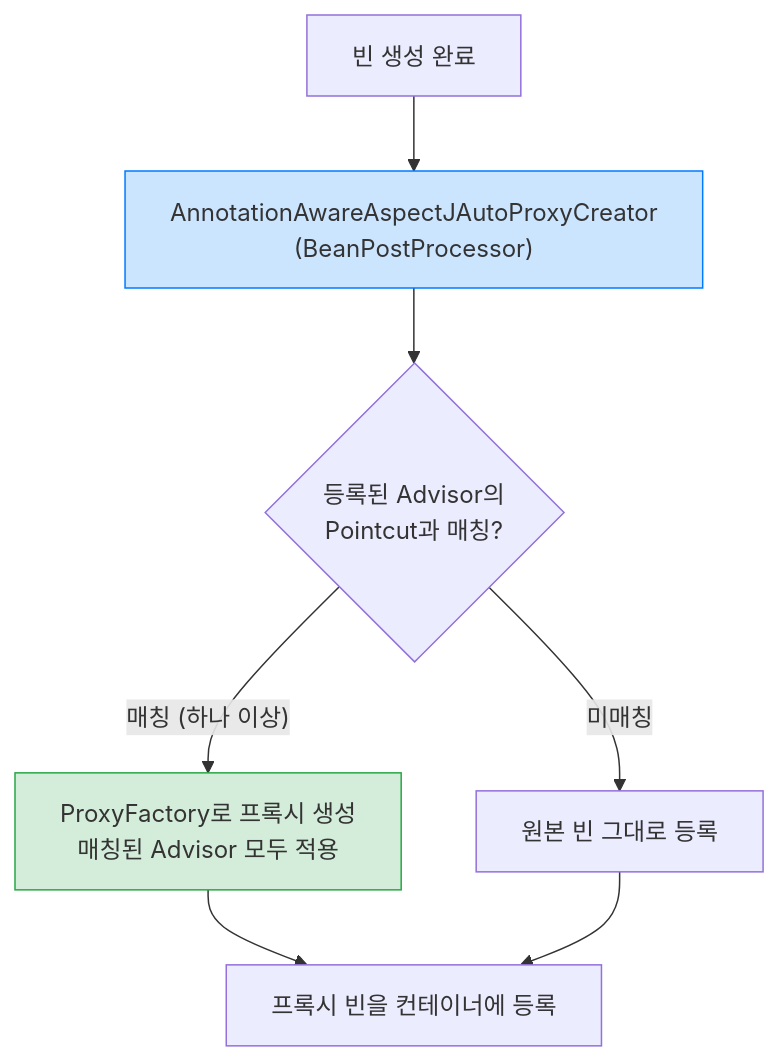
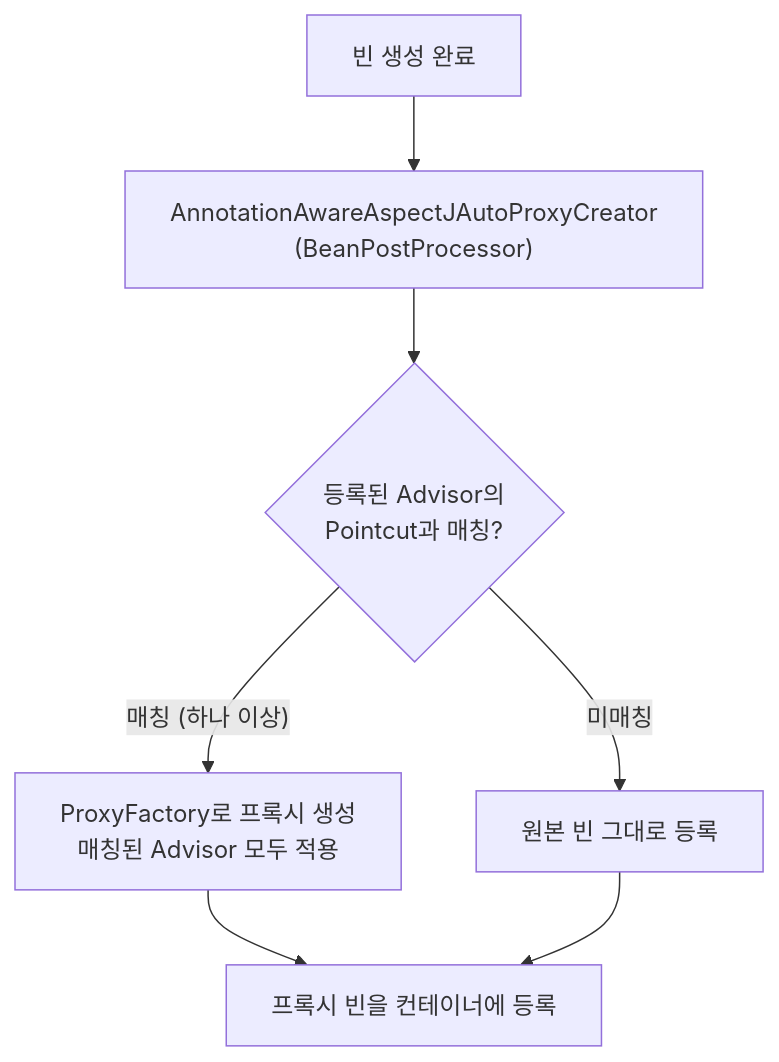
One commit to yjkim2015/yjkim2015.github.io changed the ninth of 11 diagrams in _posts/spring/2026-05-02-spring-core-advanced.md. Above: the diagram before and after it, drawn with Mermaid. The commit also changed other lines of this file and 215 other files, not shown here.

First line of the commit message:
신규 포스트 10개 추가 + Mermaid 전면 축소 + SystemDesign 시리즈 보강

````diff
--- a/_posts/spring/2026-05-02-spring-core-advanced.md
+++ b/_posts/spring/2026-05-02-spring-core-advanced.md
@@ -568,14 +517,9 @@
 ```mermaid
 flowchart TD
     A["빈 생성 완료"] --> B["AnnotationAwareAspectJAutoProxyCreator\n(BeanPostProcessor)"]
     B --> C{"등록된 Advisor의\nPointcut과 매칭?"}
     C -->|"매칭 (하나 이상)"| D["ProxyFactory로 프록시 생성\n매칭된 Advisor 모두 적용"]
     C -->|"미매칭"| E["원본 빈 그대로 등록"]
     D --> F["프록시 빈을 컨테이너에 등록"]
     E --> F
-
-    classDef green fill:#d4edda,stroke:#28a745
-    classDef blue fill:#cce5ff,stroke:#007bff
-    class D green
-    class B blue
 ```
````
